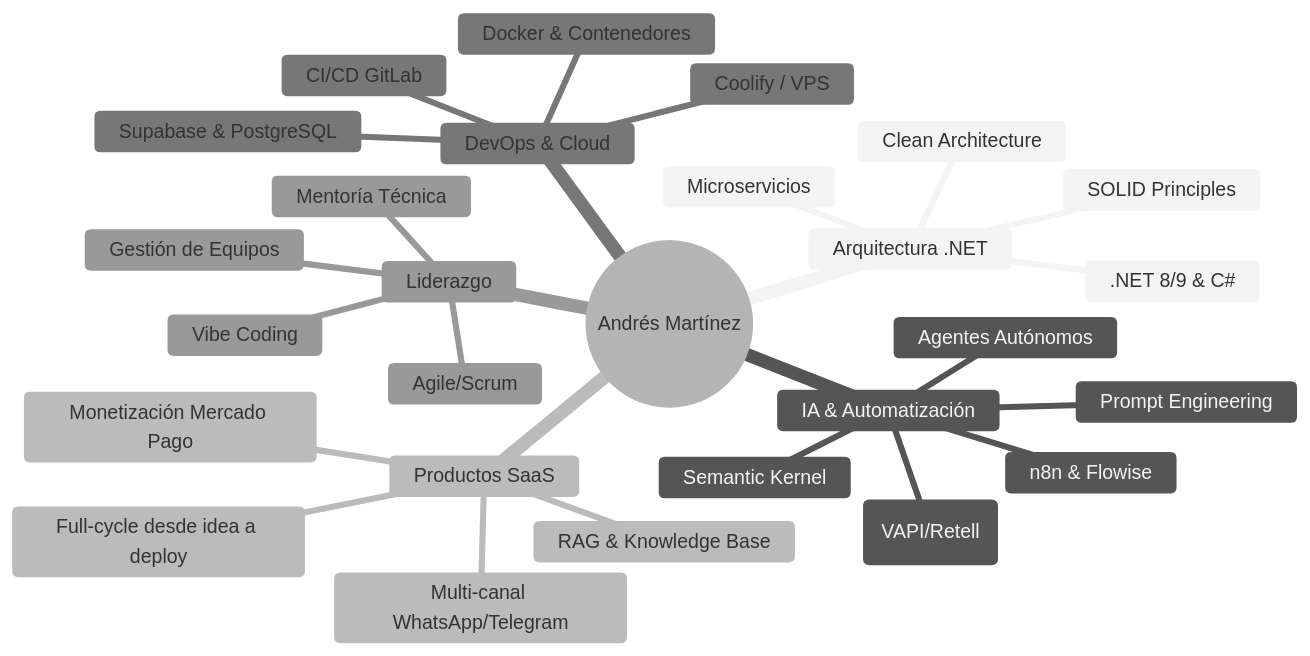
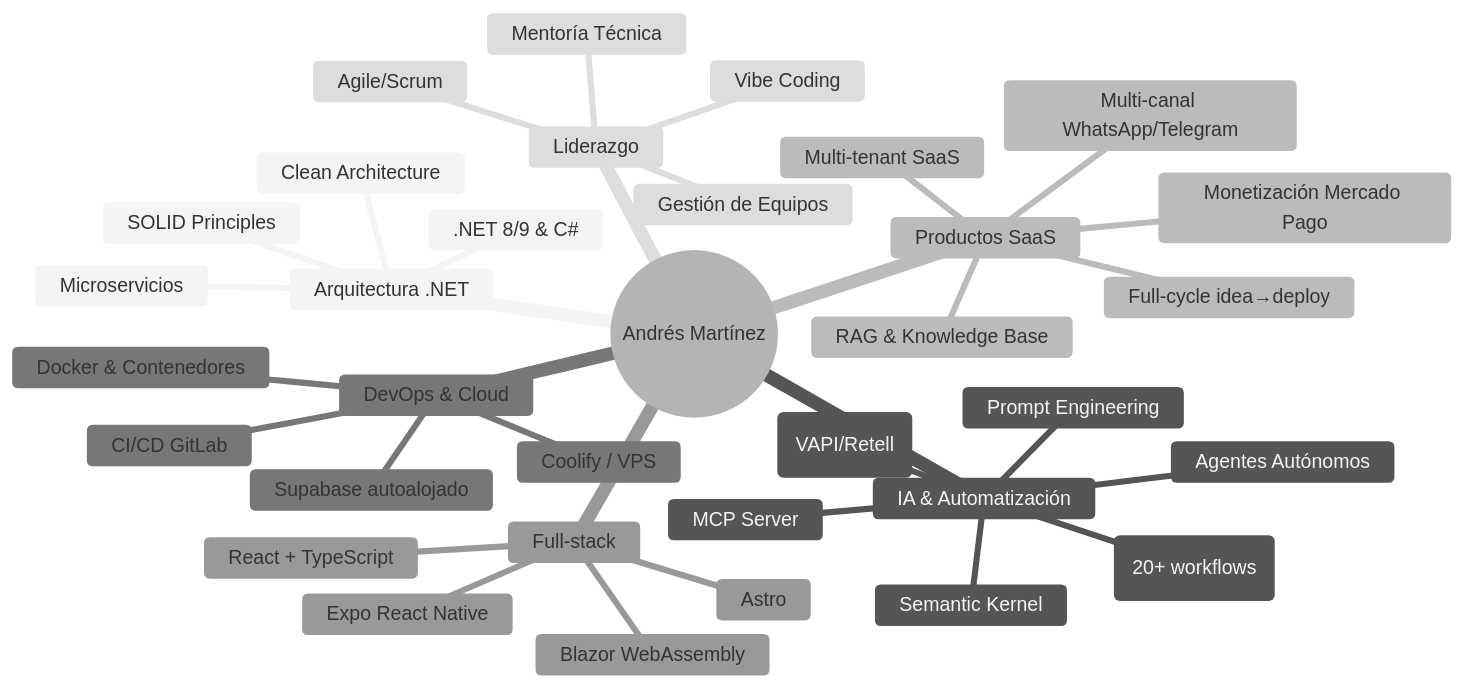
One commit to Andres-MMG/Andres-MMG changed the diagram in README.md. Above: the diagram before and after it, drawn with Mermaid (neutral theme). The commit also changed other lines of this file, not shown here.

````diff
--- a/README.md
+++ b/README.md
@@ -226,30 +245,37 @@
 ```mermaid
 mindmap
   root((Andrés Martínez))
     Arquitectura .NET
       Clean Architecture
       Microservicios
       SOLID Principles
       .NET 8/9 & C#
     IA & Automatización
       Prompt Engineering
       Semantic Kernel
       Agentes Autónomos
-      n8n & Flowise
+      n8n (20+ workflows)
       Voice AI (VAPI/Retell)
+      MCP Server
     Productos SaaS
-      Full-cycle desde idea a deploy
+      Full-cycle idea→deploy
       Monetización Mercado Pago
       RAG & Knowledge Base
       Multi-canal WhatsApp/Telegram
+      Multi-tenant SaaS
     DevOps & Cloud
       Docker & Contenedores
       CI/CD GitLab
       Coolify / VPS
-      Supabase & PostgreSQL
+      Supabase autoalojado
+    Full-stack
+      React + TypeScript
+      Expo React Native
+      Astro
+      Blazor WebAssembly
     Liderazgo
       Gestión de Equipos
       Agile/Scrum
       Mentoría Técnica
       Vibe Coding
 ```
````
